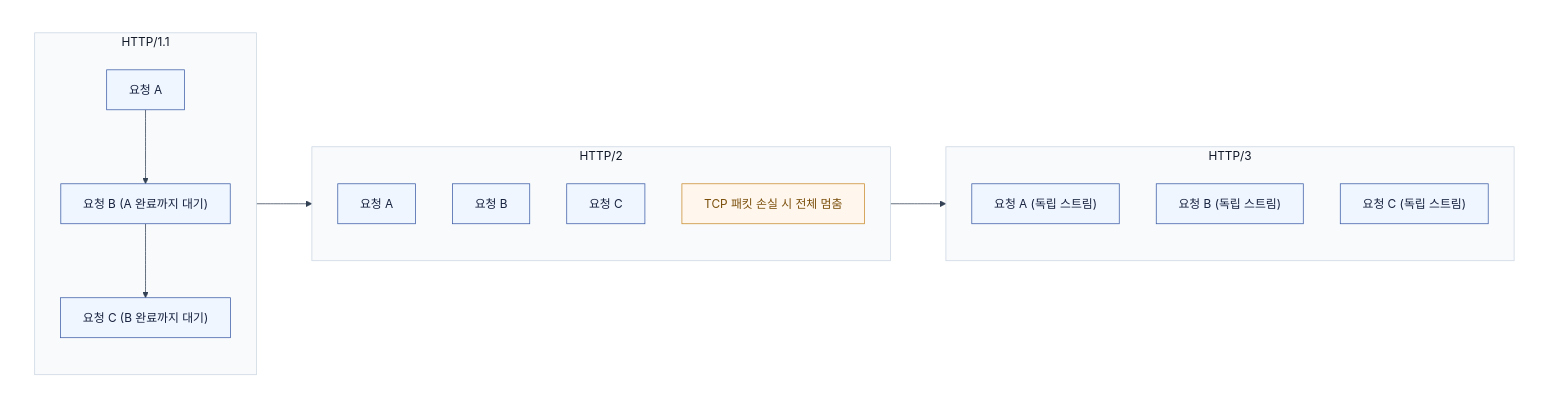
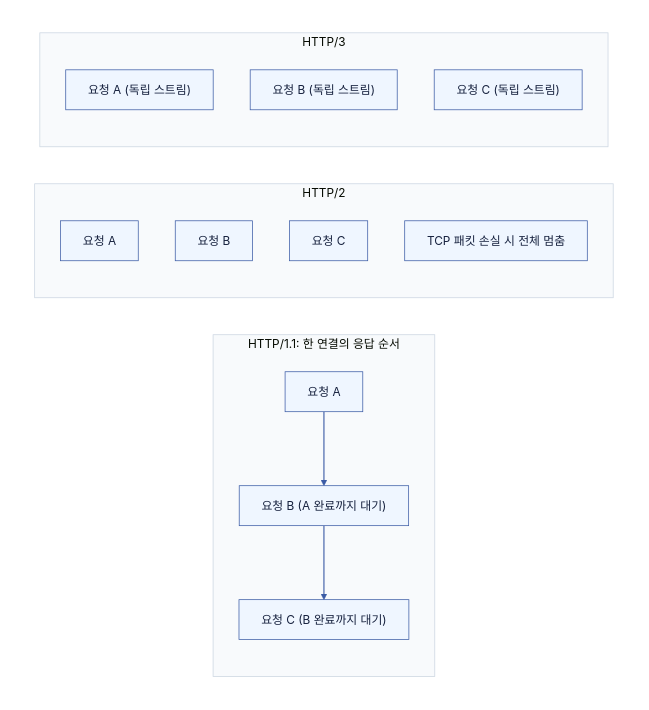
Before and after one commit to Hyune-s-lab/my-ai-study: the fifth of 6 diagrams in computer-science/2607-network-fundamentals.md, drawn with Mermaid. The commit also changed other lines of this file and 28 other files, not shown here.

Commit message:
docs: Mermaid 호환성과 문서 가독성 개선

````diff
--- a/computer-science/2607-network-fundamentals.md
+++ b/computer-science/2607-network-fundamentals.md
@@ -303,53 +217,37 @@
 ```mermaid
----
-config:
-  theme: base
-  darkMode: false
-  look: classic
-  themeVariables:
-    background: "#ffffff"
-    primaryColor: "#ffffff"
-    primaryTextColor: "#111827"
-    primaryBorderColor: "#475569"
-    lineColor: "#334155"
-    edgeLabelBackground: "#ffffff"
----
 flowchart LR
+%%{init: {"theme": "base", "darkMode": false, "themeVariables": {"background": "#ffffff", "primaryColor": "#EFF6FF", "primaryTextColor": "#16213E", "primaryBorderColor": "#3B5BA5", "secondaryColor": "#F0FDF4", "tertiaryColor": "#FAF5FF", "lineColor": "#3B5BA5", "textColor": "#16213E", "edgeLabelBackground": "#ffffff", "clusterBkg": "#F8FAFC", "clusterBorder": "#CBD5E1"}}}%%
   subgraph canvas[" "]
     direction LR
-
-    subgraph h1["HTTP/1.1"]
+  
+    subgraph h1["HTTP/1.1: 한 연결의 응답 순서"]
       direction TB
       h1a["요청 A"]
       h1b["요청 B (A 완료까지 대기)"]
       h1c["요청 C (B 완료까지 대기)"]
       h1a --> h1b --> h1c
     end
-
+  
     subgraph h2["HTTP/2"]
       direction TB
       h2a["요청 A"]
       h2b["요청 B"]
       h2c["요청 C"]
       h2note["TCP 패킷 손실 시 전체 멈춤"]
     end
-
+  
     subgraph h3["HTTP/3"]
       direction TB
       h3a["요청 A (독립 스트림)"]
       h3b["요청 B (독립 스트림)"]
       h3c["요청 C (독립 스트림)"]
     end
-
-    h1 --> h2 --> h3
   end
-
+  style canvas fill:#ffffff,stroke:#ffffff,color:#111827
+  linkStyle default stroke:#3B5BA5,stroke-width:1.5px
   classDef app fill:#EFF6FF,stroke:#3B5BA5,stroke-width:1px,color:#16213E
-  classDef ctrl fill:#FFF7ED,stroke:#C98A2B,stroke-width:1px,color:#7A4E0A
-  class h1a,h1b,h1c,h2a,h2b,h2c,h3a,h3b,h3c app
-  class h2note ctrl
-  style h1 fill:#F8FAFC,stroke:#CBD5E1,stroke-width:1px,color:#111827
-  style h2 fill:#F8FAFC,stroke:#CBD5E1,stroke-width:1px,color:#111827
-  style h3 fill:#F8FAFC,stroke:#CBD5E1,stroke-width:1px,color:#111827
-  style canvas fill:#ffffff,stroke:#ffffff,stroke-width:0px,color:#111827
+  class h1a,h1b,h1c,h2a,h2b,h2c,h2note,h3a,h3b,h3c app
+  classDef db fill:#F0FDF4,stroke:#3F8E55,stroke-width:1px,color:#16213E
+  classDef policy fill:#FAF5FF,stroke:#A855F7,stroke-width:1px,color:#16213E
+  classDef worker fill:#FFF7ED,stroke:#C98A2B,stroke-width:1px,color:#16213E
 ```
````
